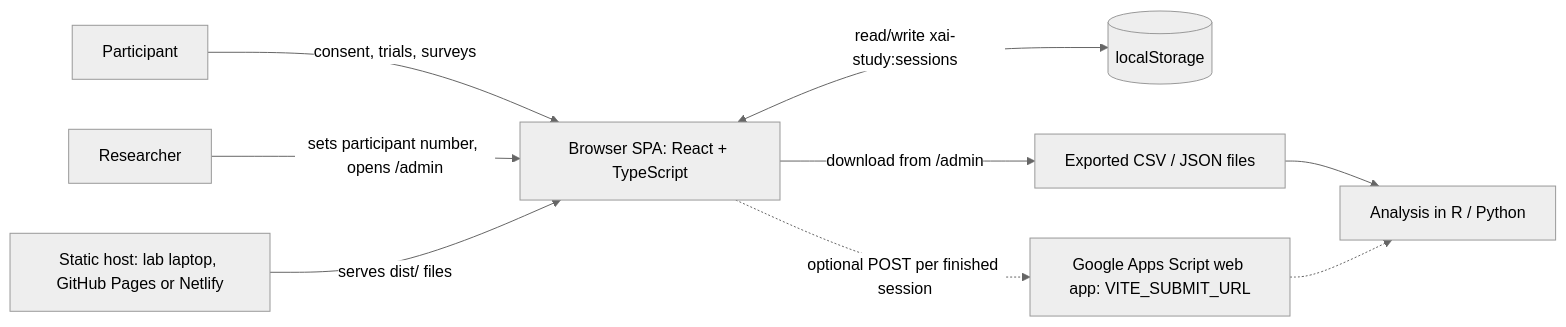
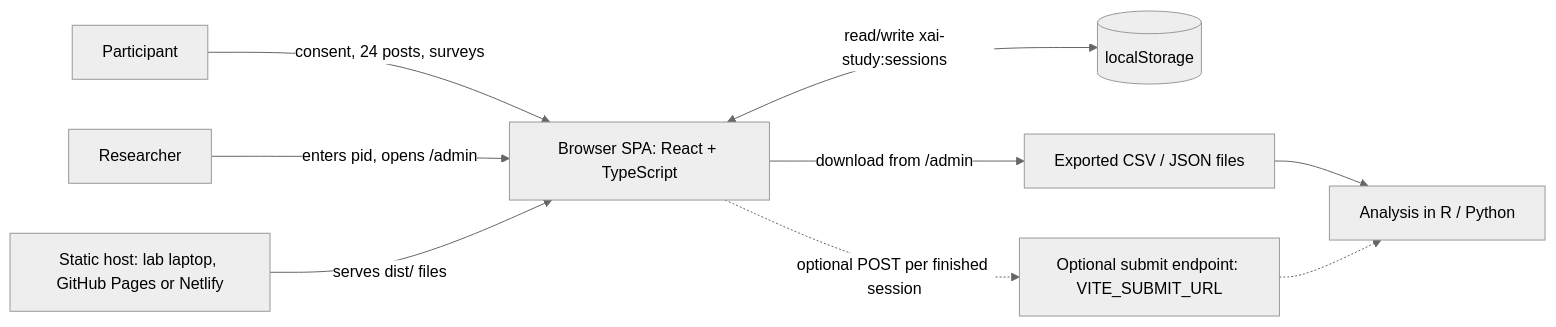
The first of 3 diagrams in docs/architecture.md (bibekgupta3333/HCI), drawn with Mermaid (neutral theme) before and after one commit. The commit also changed other lines of this file and 27 other files, not shown here.

````diff
--- a/docs/architecture.md
+++ b/docs/architecture.md
@@ -9,11 +11,11 @@
 ```mermaid
 flowchart LR
-    P["Participant"] -->|"consent, trials, surveys"| SPA
-    R["Researcher"] -->|"sets participant number, opens /admin"| SPA
+    P["Participant"] -->|"consent, 24 posts, surveys"| SPA
+    R["Researcher"] -->|"enters pid, opens /admin"| SPA
     Host["Static host: lab laptop, GitHub Pages or Netlify"] -->|"serves dist/ files"| SPA["Browser SPA: React + TypeScript"]
     SPA <-->|"read/write xai-study:sessions"| LS[("localStorage")]
     SPA -->|"download from /admin"| EX["Exported CSV / JSON files"]
     EX --> AN["Analysis in R / Python"]
-    SPA -.->|"optional POST per finished session"| GAS["Google Apps Script web app: VITE_SUBMIT_URL"]
+    SPA -.->|"optional POST per finished session"| GAS["Optional submit endpoint: VITE_SUBMIT_URL"]
     GAS -.-> AN
 ```
````
